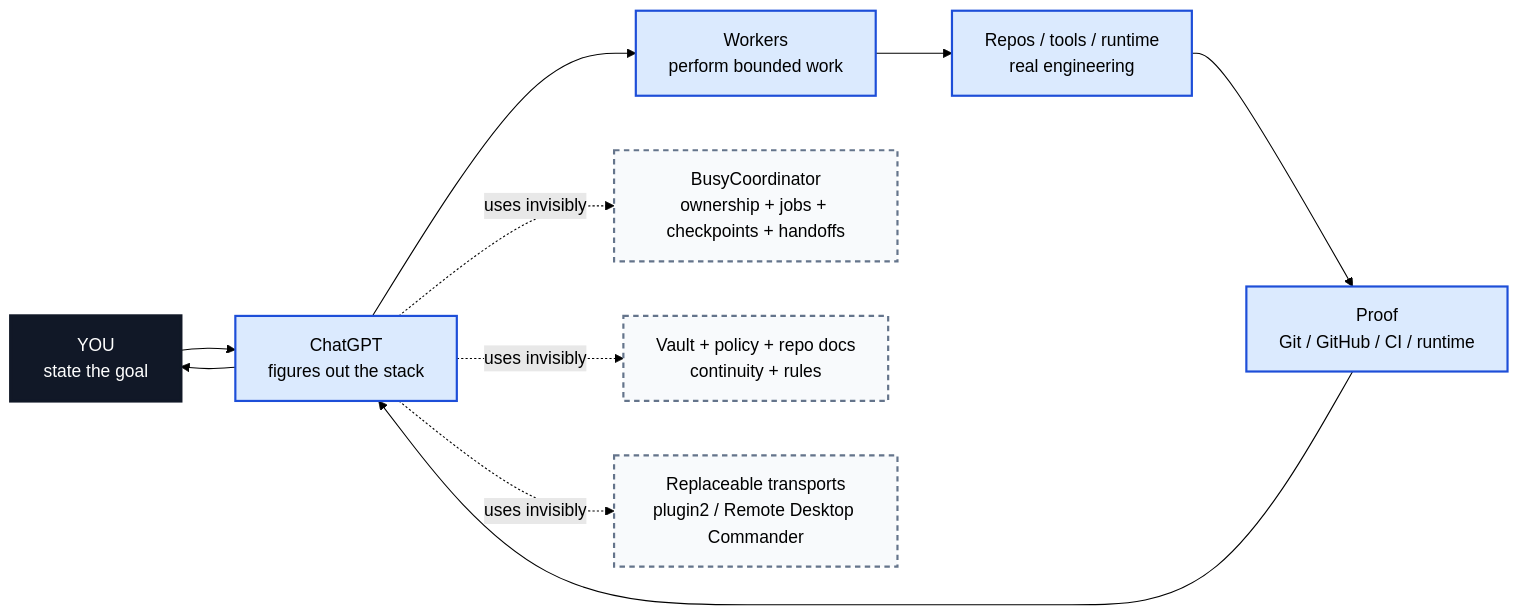
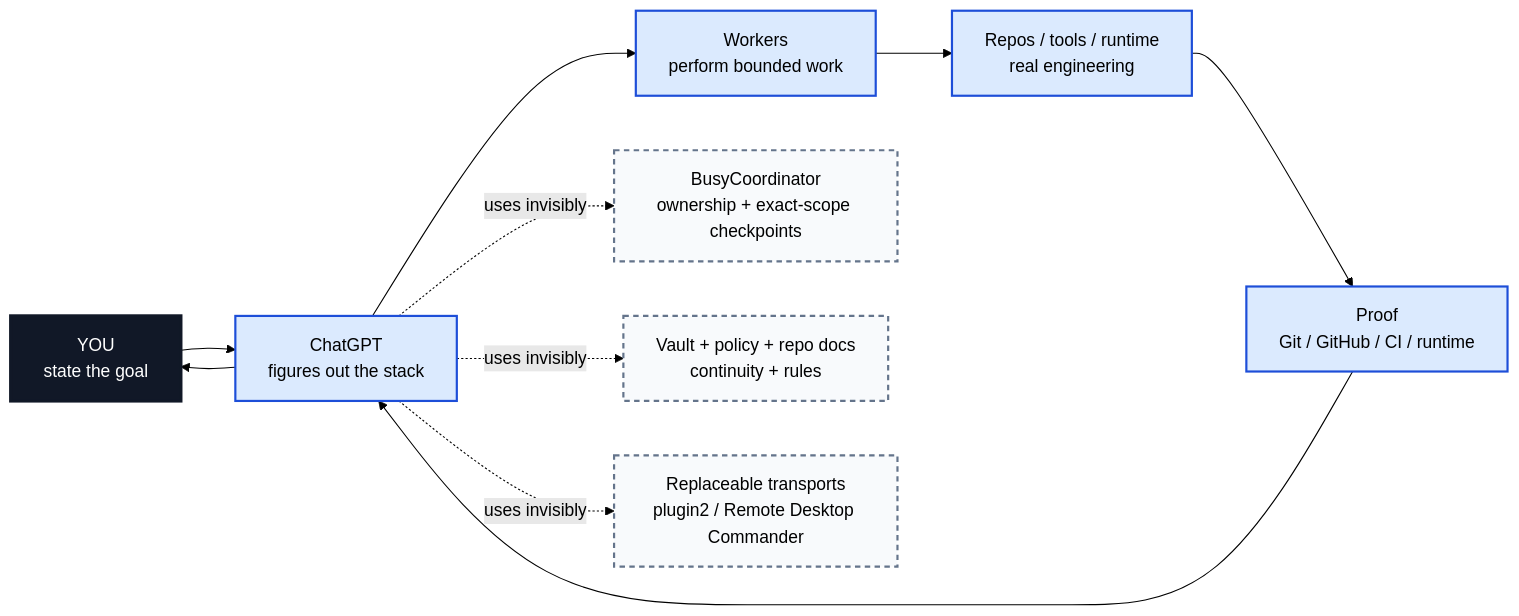
The first of 5 diagrams in docs/assistant-stack-human-map.md (organicoverlords/regression-research), drawn with Mermaid (forest theme) before and after one commit. The commit also changed other lines of this file and 17 other files, not shown here.

Commit message:
refactor: reduce BusyCoordinator to ownership

````diff
--- a/docs/assistant-stack-human-map.md
+++ b/docs/assistant-stack-human-map.md
@@ -9,20 +9,20 @@
 ```mermaid
 flowchart LR
   U["YOU\nstate the goal"] --> C["ChatGPT\nfigures out the stack"]
   C --> W["Workers\nperform bounded work"]
   W --> R["Repos / tools / runtime\nreal engineering"]
   R --> P["Proof\nGit / GitHub / CI / runtime"]
   P --> C
   C --> U
 
-  C -. "uses invisibly" .-> B["BusyCoordinator\nownership + jobs + checkpoints + handoffs"]
+  C -. "uses invisibly" .-> B["BusyCoordinator\nownership + exact-scope checkpoints"]
   C -. "uses invisibly" .-> V["Vault + policy + repo docs\ncontinuity + rules"]
   C -. "uses invisibly" .-> T["Replaceable transports\nplugin2 / Remote Desktop Commander"]
 
   classDef user fill:#111827,color:#fff,stroke:#111827,stroke-width:3px;
   classDef visible fill:#dbeafe,stroke:#1d4ed8,stroke-width:2px;
   classDef hidden fill:#f8fafc,stroke:#64748b,stroke-width:2px,stroke-dasharray:5 4;
   class U user;
   class C,W,R,P visible;
   class B,V,T hidden;
 ```
````
